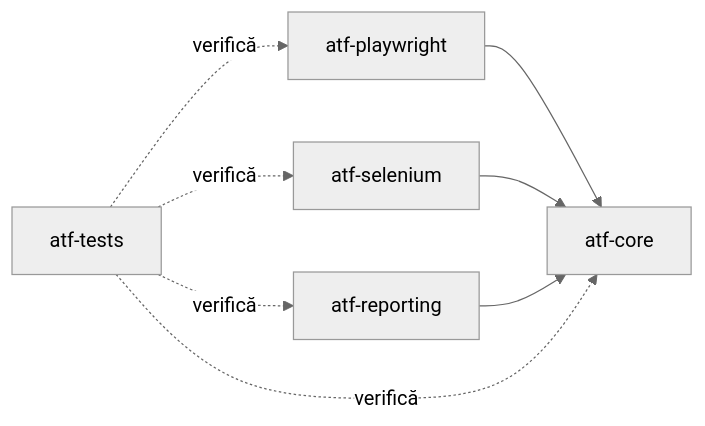
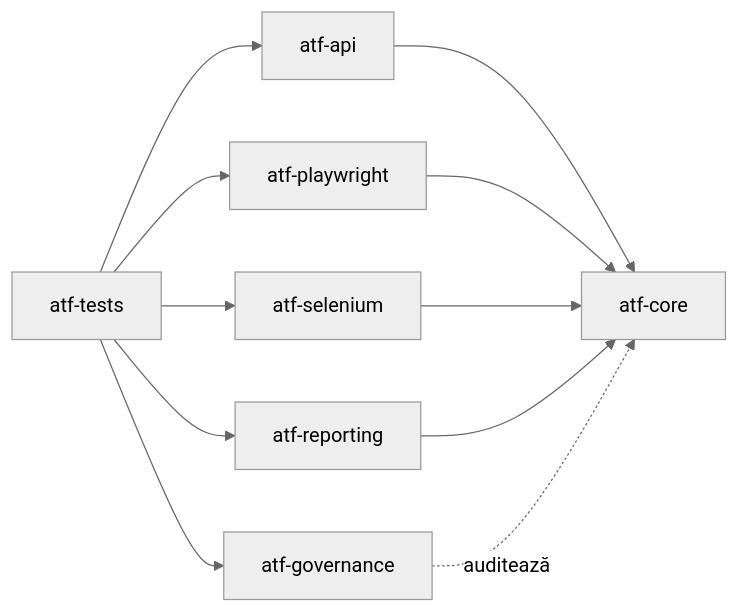
Before and after one commit to crististefanita/ATF_AI: the first of 2 diagrams in README.md, drawn with Mermaid (neutral theme). The commit also changed other lines of this file and 214 other files, not shown here.

Commit message:
Mirror API and governance modules with current Romanian documentation

````diff
--- a/README.md
+++ b/README.md
@@ -19,10 +23,13 @@
 ```mermaid
 flowchart LR
-    PW["atf-playwright"] --> Core["atf-core"]
+    API["atf-api"] --> Core["atf-core"]
+    PW["atf-playwright"] --> Core
     SE["atf-selenium"] --> Core
     Reporting["atf-reporting"] --> Core
-    Tests["atf-tests"] -. verifică .-> Core
-    Tests -. verifică .-> PW
-    Tests -. verifică .-> SE
-    Tests -. verifică .-> Reporting
+    Tests["atf-tests"] --> API
+    Tests --> PW
+    Tests --> SE
+    Tests --> Reporting
+    Tests --> Governance["atf-governance"]
+    Governance -. auditează .-> Core
 ```
````
